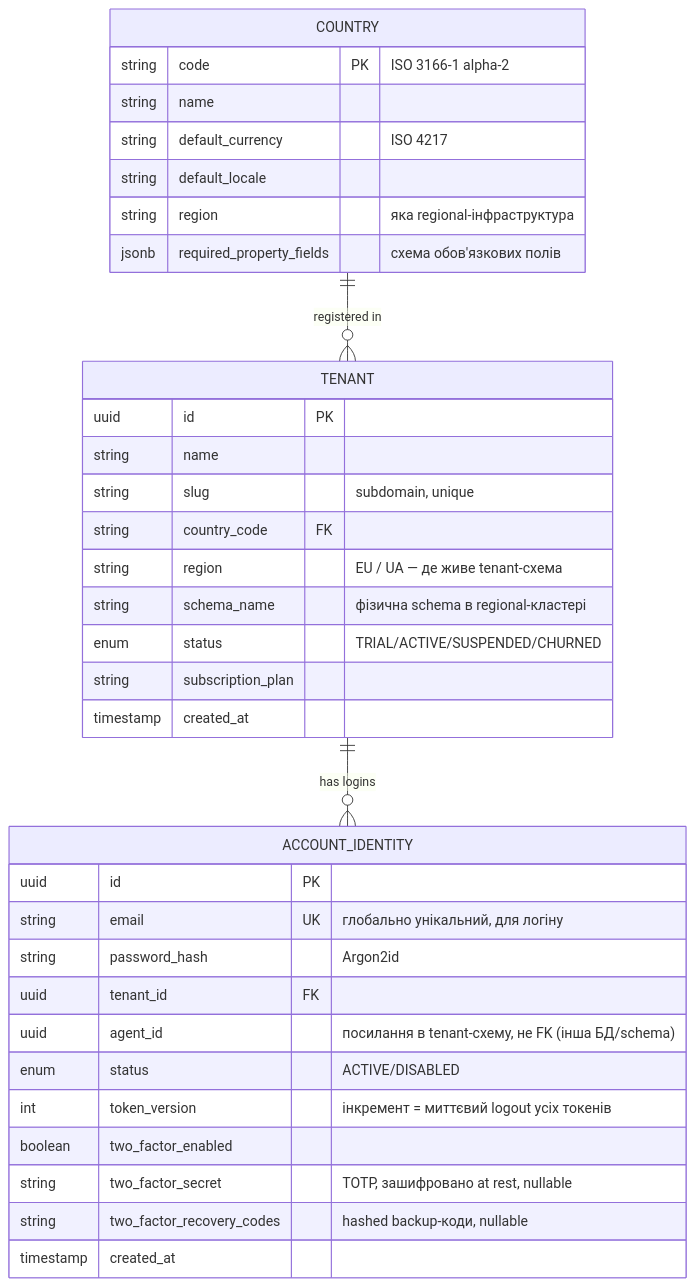
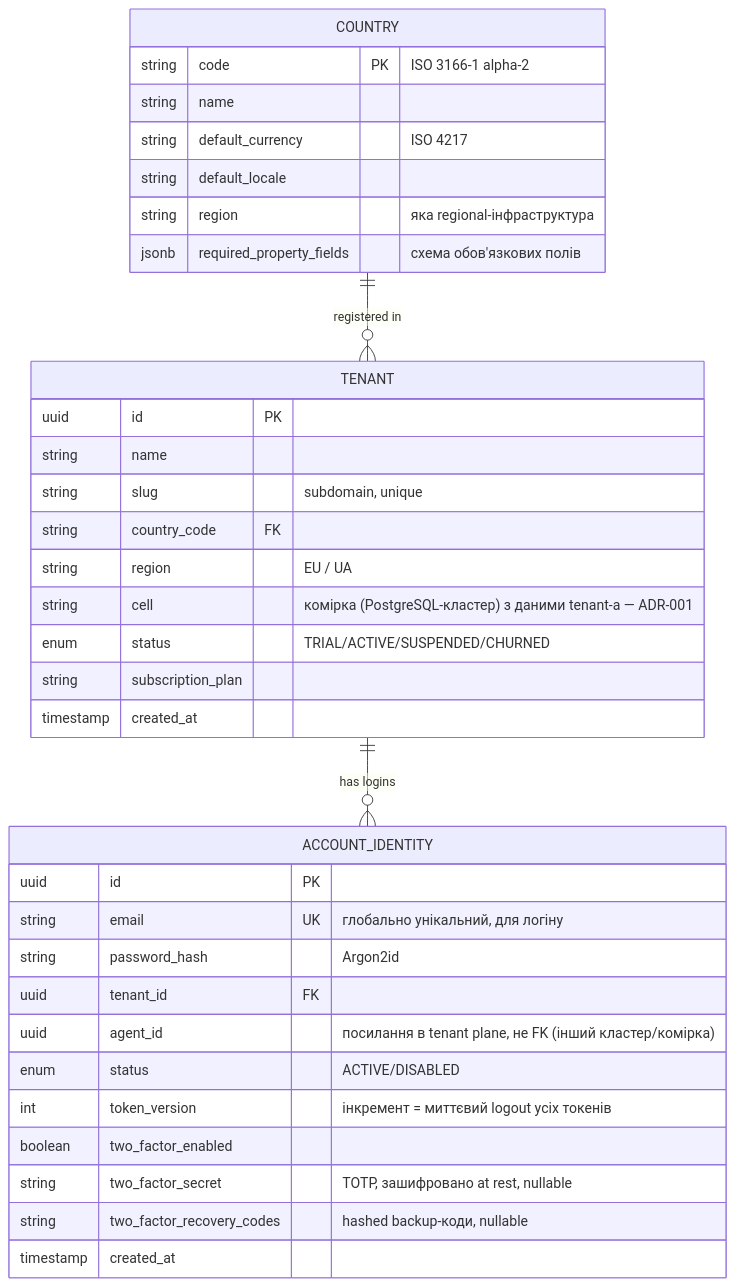
The first of 5 diagrams in docs/domain-model.md (willy99/memphisreo), drawn with Mermaid before and after one commit. The commit also changed other lines of this file and 4 other files, not shown here.

First line of the commit message:
ADR-001 shared schema + RLS + cells; phase-1 scope incl. sales workflow

````diff
--- a/docs/domain-model.md
+++ b/docs/domain-model.md
@@ -12,40 +16,40 @@
 ```mermaid
 erDiagram
     TENANT ||--o{ ACCOUNT_IDENTITY : "has logins"
     COUNTRY ||--o{ TENANT : "registered in"
 
     TENANT {
         uuid id PK
         string name
         string slug "subdomain, unique"
         string country_code FK
-        string region "EU / UA — де живе tenant-схема"
-        string schema_name "фізична schema в regional-кластері"
+        string region "EU / UA"
+        string cell "комірка (PostgreSQL-кластер) з даними tenant-а — ADR-001"
         enum status "TRIAL/ACTIVE/SUSPENDED/CHURNED"
         string subscription_plan
         timestamp created_at
     }
 
     COUNTRY {
         string code PK "ISO 3166-1 alpha-2"
         string name
         string default_currency "ISO 4217"
         string default_locale
         string region "яка regional-інфраструктура"
         jsonb required_property_fields "схема обов'язкових полів"
     }
 
     ACCOUNT_IDENTITY {
         uuid id PK
         string email UK "глобально унікальний, для логіну"
         string password_hash "Argon2id"
         uuid tenant_id FK
-        uuid agent_id "посилання в tenant-схему, не FK (інша БД/schema)"
+        uuid agent_id "посилання в tenant plane, не FK (інший кластер/комірка)"
         enum status "ACTIVE/DISABLED"
         int token_version "інкремент = миттєвий logout усіх токенів"
         boolean two_factor_enabled
         string two_factor_secret "TOTP, зашифровано at rest, nullable"
         string two_factor_recovery_codes "hashed backup-коди, nullable"
         timestamp created_at
     }
 ```
````
